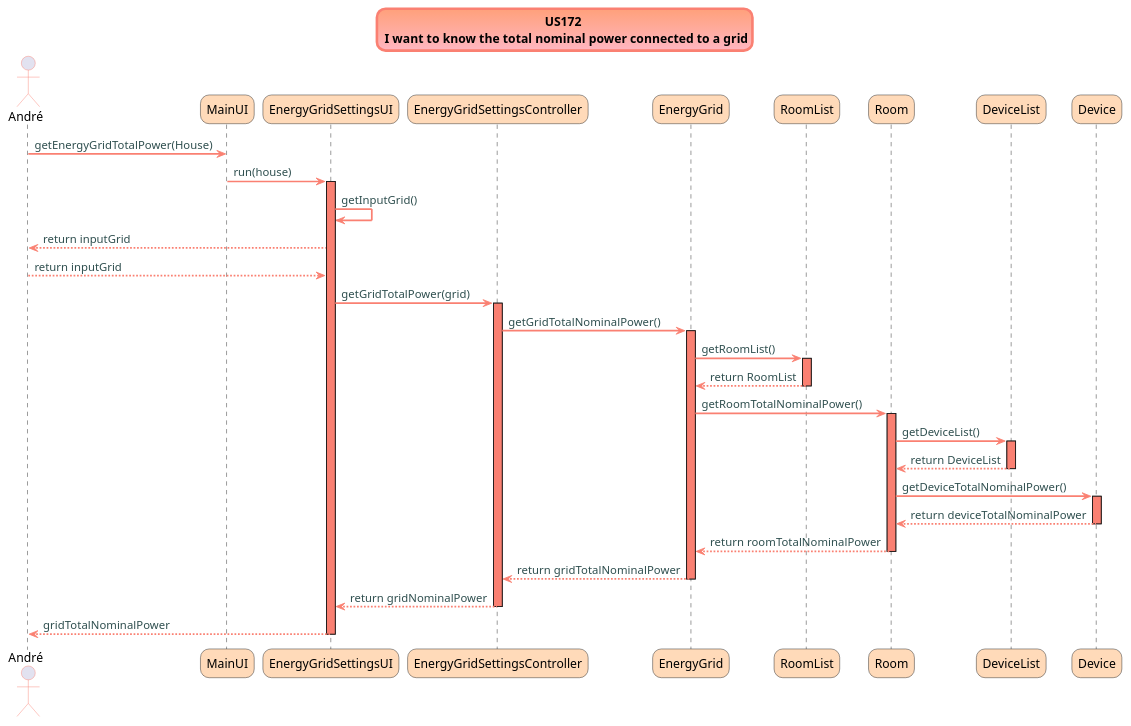
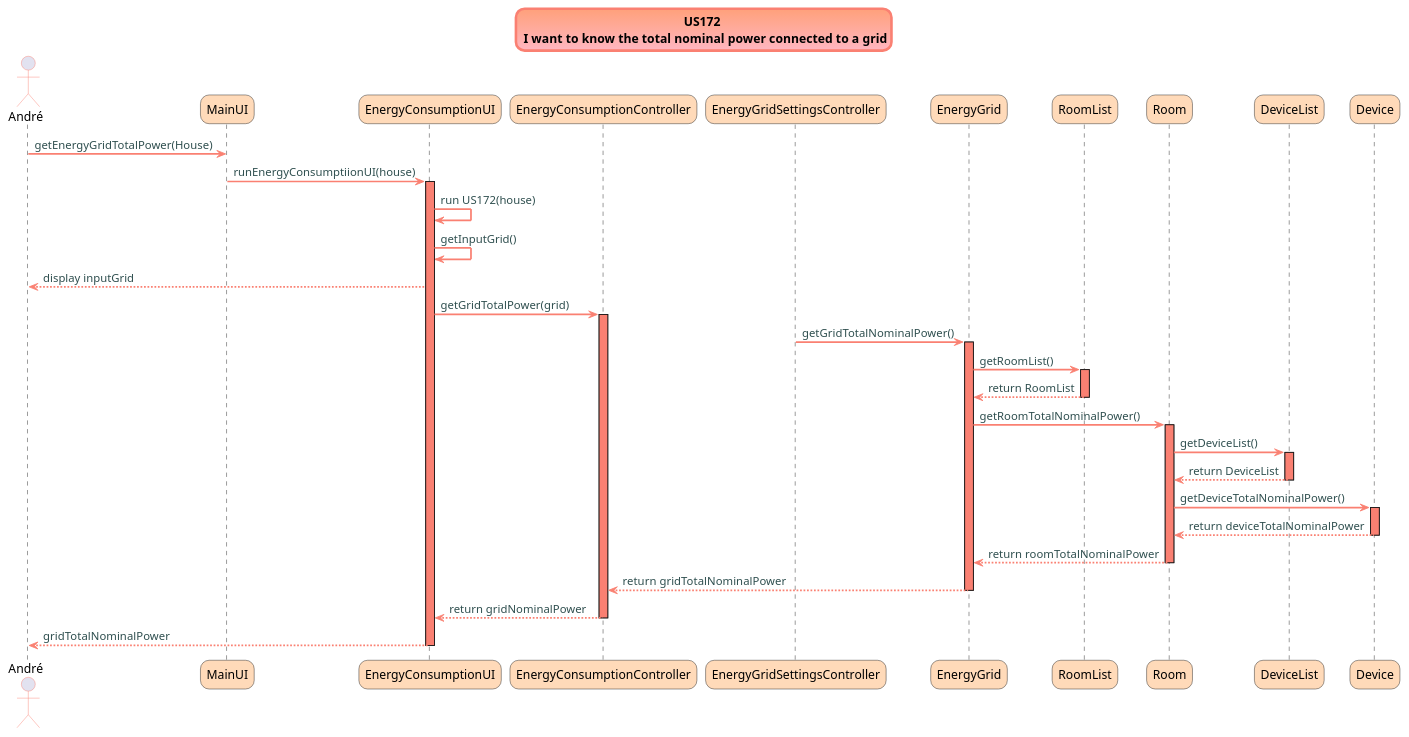
The diagram in uml/US172.puml (Almadanmp/project), drawn with PlantUML before and after one commit. The commit also changed 2 other files, not shown here.

Commit message:
#59 Added extra tests, UML sequence updated, validations updated

```diff
--- a/uml/US172.puml
+++ b/uml/US172.puml
@@ -1,64 +1,64 @@
 @startuml
 
 skinparam titleBorderRoundCorner 25
 skinparam titleBorderThickness 3
 skinparam titleBorderColor salmon
 skinparam titleBackgroundColor lightsalmon-lightpink
 skinparam FontName Verdana
 
 title US172 \n I want to know the total nominal power connected to a grid
 
 skinparam actor {
 	BorderColor salmon
 	}
 
 skinparam sequence {
 	LifeLineBackgroundColor salmon
 	ParticipantBackgroundColor PeachPuff
 }
 
 skinparam roundcorner 20
 
 skinparam component {
   arrowThickness 2
   ArrowFontName Verdana
   ArrowColor salmon
   ArrowFontColor darkslategrey
 }
 
 actor André
 André -> MainUI: getEnergyGridTotalPower(House)
-MainUI -> EnergyGridSettingsUI: run(house)
-activate EnergyGridSettingsUI
-EnergyGridSettingsUI -> EnergyGridSettingsUI: getInputGrid()
-André <-- EnergyGridSettingsUI: return inputGrid
+MainUI -> EnergyConsumptionUI: runEnergyConsumptiionUI(house)
+activate EnergyConsumptionUI
+EnergyConsumptionUI -> EnergyConsumptionUI: run US172(house)
+EnergyConsumptionUI -> EnergyConsumptionUI: getInputGrid()
+André <-- EnergyConsumptionUI: display inputGrid
 
-André --> EnergyGridSettingsUI: return inputGrid
-EnergyGridSettingsUI -> EnergyGridSettingsController: getGridTotalPower(grid)
-activate EnergyGridSettingsController
+EnergyConsumptionUI -> EnergyConsumptionController: getGridTotalPower(grid)
+activate EnergyConsumptionController
 EnergyGridSettingsController -> EnergyGrid: getGridTotalNominalPower()
 activate EnergyGrid
 EnergyGrid -> RoomList: getRoomList()
 activate RoomList
 RoomList --> EnergyGrid: return RoomList
 deactivate RoomList
 EnergyGrid -> Room: getRoomTotalNominalPower()
 activate Room
 Room -> DeviceList: getDeviceList()
 activate DeviceList
 DeviceList --> Room: return DeviceList
 deactivate DeviceList
 Room -> Device: getDeviceTotalNominalPower()
 activate Device
 Device --> Room: return deviceTotalNominalPower
 deactivate Device
 Room --> EnergyGrid: return roomTotalNominalPower
 deactivate Room
-EnergyGrid --> EnergyGridSettingsController: return gridTotalNominalPower
+EnergyGrid --> EnergyConsumptionController: return gridTotalNominalPower
 deactivate EnergyGrid
-EnergyGridSettingsController --> EnergyGridSettingsUI: return gridNominalPower
-deactivate EnergyGridSettingsController
-EnergyGridSettingsUI --> André: gridTotalNominalPower
-deactivate EnergyGridSettingsUI
+EnergyConsumptionController --> EnergyConsumptionUI: return gridNominalPower
+deactivate EnergyConsumptionController
+EnergyConsumptionUI --> André: gridTotalNominalPower
+deactivate EnergyConsumptionUI
 
 @endumlΩ
```
